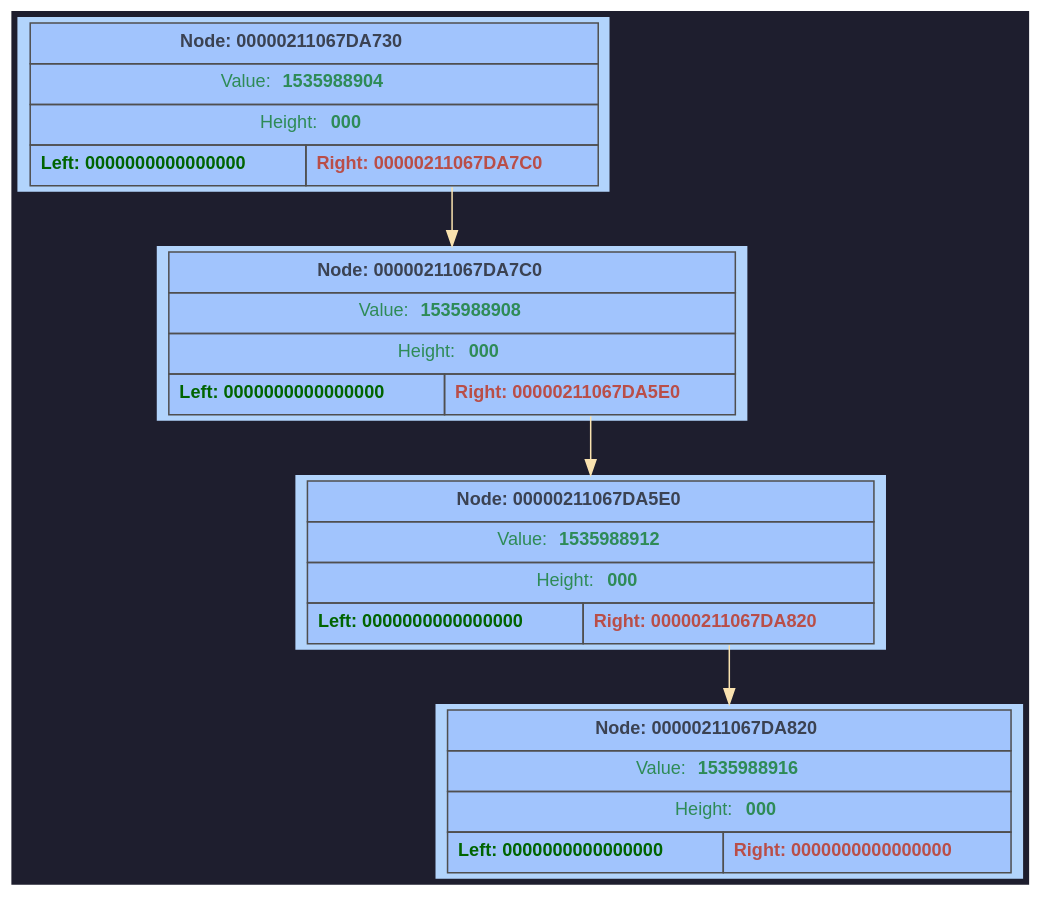
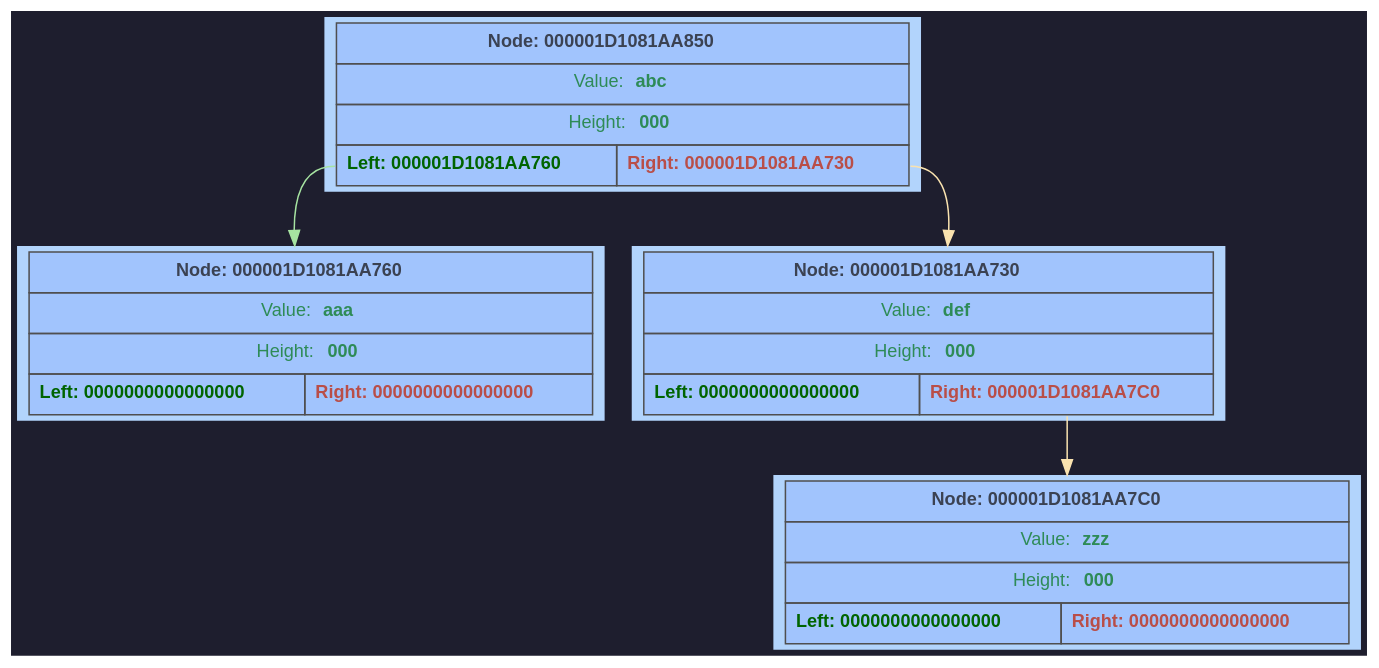
Before and after one commit to F1merhub/Binary_Tree: the diagram in OrdinaryBinaryTree/GraphDump/dump.dot, drawn with Graphviz. The commit also changed 6 other files, not shown here.

```diff
--- a/OrdinaryBinaryTree/GraphDump/dump.dot
+++ b/OrdinaryBinaryTree/GraphDump/dump.dot
@@ -1,48 +1,48 @@
 digraph G {
 	rankdir = TB;
 	bgcolor="#1e1e2e";
 	node [shape=rectangle, style=filled, fontname=Helvetica, fontsize=12, fillcolor="#89b4fa", color="#cba6f7", fontcolor="#1e1e2e"];
-	node00000211067DA730 [shape=plaintext; style=filled; color="#fcf0d2"; fillcolor="#b2d4fc"; label = <
+	node000001D1081AA850 [shape=plaintext; style=filled; color="#fcf0d2"; fillcolor="#b2d4fc"; label = <
 		         <table BORDER="0" CELLBORDER="1" CELLSPACING="0" CELLPADDING="6" BGCOLOR="#a1c4fd" COLOR="#4f4f4f">
-			           <tr><td align='center' colspan='2'><FONT COLOR='#3b4252'><b>Node: 00000211067DA730</b></FONT></td></tr>
-			           <tr><td align='center' colspan='2'><FONT COLOR='#2e8b57'>Value: <b>1535988904</b></FONT></td></tr>
+			           <tr><td align='center' colspan='2'><FONT COLOR='#3b4252'><b>Node: 000001D1081AA850</b></FONT></td></tr>
+			           <tr><td align='center' colspan='2'><FONT COLOR='#2e8b57'>Value: <b>abc</b></FONT></td></tr>
 			           <tr><td align='center' colspan='2'><FONT COLOR='#2e8b57'>Height: <b>000</b></FONT></td></tr>
 			           <tr>
-			               <td WIDTH='150' PORT='left'  align='center'><FONT COLOR='#006400'><b>Left: 0000000000000000</b></FONT></td>
-			               <td WIDTH='150' PORT='right' align='center'><FONT COLOR='#b94e48'><b>Right: 00000211067DA7C0</b></FONT></td>
+			               <td WIDTH='150' PORT='left'  align='center'><FONT COLOR='#006400'><b>Left: 000001D1081AA760</b></FONT></td>
+			               <td WIDTH='150' PORT='right' align='center'><FONT COLOR='#b94e48'><b>Right: 000001D1081AA730</b></FONT></td>
 			           </tr>
 		         </table> >];
-	node00000211067DA7C0 [shape=plaintext; style=filled; color="#fcf0d2"; fillcolor="#b2d4fc"; label = <
+	node000001D1081AA760 [shape=plaintext; style=filled; color="#fcf0d2"; fillcolor="#b2d4fc"; label = <
 		         <table BORDER="0" CELLBORDER="1" CELLSPACING="0" CELLPADDING="6" BGCOLOR="#a1c4fd" COLOR="#4f4f4f">
-			           <tr><td align='center' colspan='2'><FONT COLOR='#3b4252'><b>Node: 00000211067DA7C0</b></FONT></td></tr>
-			           <tr><td align='center' colspan='2'><FONT COLOR='#2e8b57'>Value: <b>1535988908</b></FONT></td></tr>
-			           <tr><td align='center' colspan='2'><FONT COLOR='#2e8b57'>Height: <b>000</b></FONT></td></tr>
-			           <tr>
-			               <td WIDTH='150' PORT='left'  align='center'><FONT COLOR='#006400'><b>Left: 0000000000000000</b></FONT></td>
-			               <td WIDTH='150' PORT='right' align='center'><FONT COLOR='#b94e48'><b>Right: 00000211067DA5E0</b></FONT></td>
-			           </tr>
-		         </table> >];
-	node00000211067DA5E0 [shape=plaintext; style=filled; color="#fcf0d2"; fillcolor="#b2d4fc"; label = <
-		         <table BORDER="0" CELLBORDER="1" CELLSPACING="0" CELLPADDING="6" BGCOLOR="#a1c4fd" COLOR="#4f4f4f">
-			           <tr><td align='center' colspan='2'><FONT COLOR='#3b4252'><b>Node: 00000211067DA5E0</b></FONT></td></tr>
-			           <tr><td align='center' colspan='2'><FONT COLOR='#2e8b57'>Value: <b>1535988912</b></FONT></td></tr>
-			           <tr><td align='center' colspan='2'><FONT COLOR='#2e8b57'>Height: <b>000</b></FONT></td></tr>
-			           <tr>
-			               <td WIDTH='150' PORT='left'  align='center'><FONT COLOR='#006400'><b>Left: 0000000000000000</b></FONT></td>
-			               <td WIDTH='150' PORT='right' align='center'><FONT COLOR='#b94e48'><b>Right: 00000211067DA820</b></FONT></td>
-			           </tr>
-		         </table> >];
-	node00000211067DA820 [shape=plaintext; style=filled; color="#fcf0d2"; fillcolor="#b2d4fc"; label = <
-		         <table BORDER="0" CELLBORDER="1" CELLSPACING="0" CELLPADDING="6" BGCOLOR="#a1c4fd" COLOR="#4f4f4f">
-			           <tr><td align='center' colspan='2'><FONT COLOR='#3b4252'><b>Node: 00000211067DA820</b></FONT></td></tr>
-			           <tr><td align='center' colspan='2'><FONT COLOR='#2e8b57'>Value: <b>1535988916</b></FONT></td></tr>
+			           <tr><td align='center' colspan='2'><FONT COLOR='#3b4252'><b>Node: 000001D1081AA760</b></FONT></td></tr>
+			           <tr><td align='center' colspan='2'><FONT COLOR='#2e8b57'>Value: <b>aaa</b></FONT></td></tr>
 			           <tr><td align='center' colspan='2'><FONT COLOR='#2e8b57'>Height: <b>000</b></FONT></td></tr>
 			           <tr>
 			               <td WIDTH='150' PORT='left'  align='center'><FONT COLOR='#006400'><b>Left: 0000000000000000</b></FONT></td>
 			               <td WIDTH='150' PORT='right' align='center'><FONT COLOR='#b94e48'><b>Right: 0000000000000000</b></FONT></td>
 			           </tr>
 		         </table> >];
-	node00000211067DA5E0:right -> node00000211067DA820 [color="#f9e2af"];
-	node00000211067DA7C0:right -> node00000211067DA5E0 [color="#f9e2af"];
-	node00000211067DA730:right -> node00000211067DA7C0 [color="#f9e2af"];
+	node000001D1081AA850:left -> node000001D1081AA760 [color="#a6e3a1"];
+	node000001D1081AA730 [shape=plaintext; style=filled; color="#fcf0d2"; fillcolor="#b2d4fc"; label = <
+		         <table BORDER="0" CELLBORDER="1" CELLSPACING="0" CELLPADDING="6" BGCOLOR="#a1c4fd" COLOR="#4f4f4f">
+			           <tr><td align='center' colspan='2'><FONT COLOR='#3b4252'><b>Node: 000001D1081AA730</b></FONT></td></tr>
+			           <tr><td align='center' colspan='2'><FONT COLOR='#2e8b57'>Value: <b>def</b></FONT></td></tr>
+			           <tr><td align='center' colspan='2'><FONT COLOR='#2e8b57'>Height: <b>000</b></FONT></td></tr>
+			           <tr>
+			               <td WIDTH='150' PORT='left'  align='center'><FONT COLOR='#006400'><b>Left: 0000000000000000</b></FONT></td>
+			               <td WIDTH='150' PORT='right' align='center'><FONT COLOR='#b94e48'><b>Right: 000001D1081AA7C0</b></FONT></td>
+			           </tr>
+		         </table> >];
+	node000001D1081AA7C0 [shape=plaintext; style=filled; color="#fcf0d2"; fillcolor="#b2d4fc"; label = <
+		         <table BORDER="0" CELLBORDER="1" CELLSPACING="0" CELLPADDING="6" BGCOLOR="#a1c4fd" COLOR="#4f4f4f">
+			           <tr><td align='center' colspan='2'><FONT COLOR='#3b4252'><b>Node: 000001D1081AA7C0</b></FONT></td></tr>
+			           <tr><td align='center' colspan='2'><FONT COLOR='#2e8b57'>Value: <b>zzz</b></FONT></td></tr>
+			           <tr><td align='center' colspan='2'><FONT COLOR='#2e8b57'>Height: <b>000</b></FONT></td></tr>
+			           <tr>
+			               <td WIDTH='150' PORT='left'  align='center'><FONT COLOR='#006400'><b>Left: 0000000000000000</b></FONT></td>
+			               <td WIDTH='150' PORT='right' align='center'><FONT COLOR='#b94e48'><b>Right: 0000000000000000</b></FONT></td>
+			           </tr>
+		         </table> >];
+	node000001D1081AA730:right -> node000001D1081AA7C0 [color="#f9e2af"];
+	node000001D1081AA850:right -> node000001D1081AA730 [color="#f9e2af"];
 }
```
